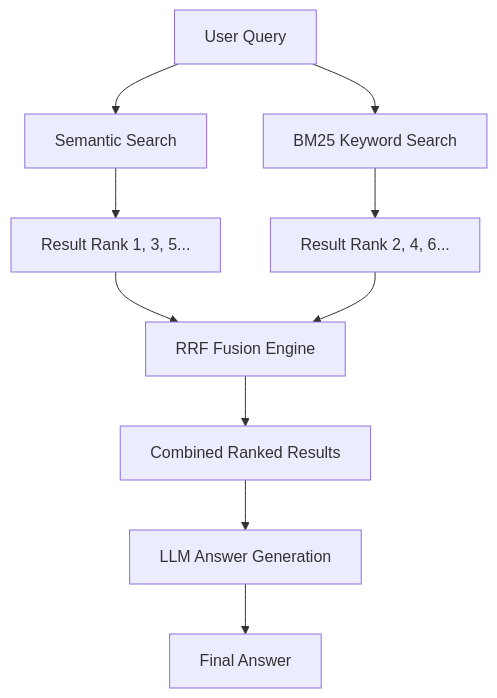
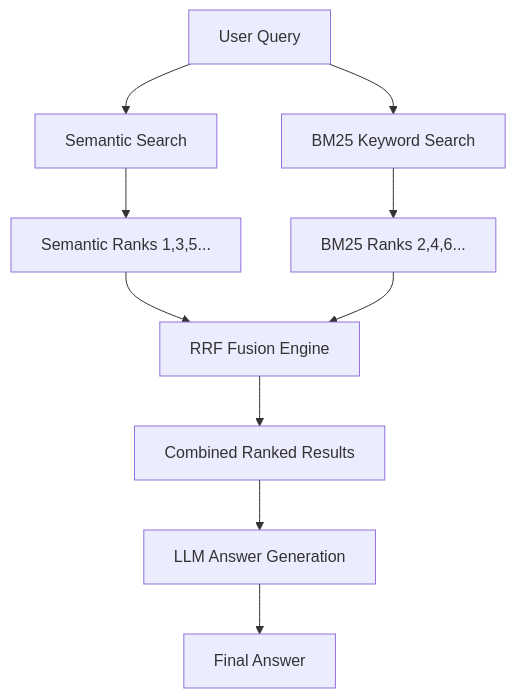
Before and after one commit to pankajshakya627/FinQuery: the second of 2 diagrams in minimal-rag/README.md, drawn with Mermaid. The commit also changed other lines of this file, not shown here.

Commit message:
fix: fix mermaid syntax for GitHub rendering

````diff
--- a/minimal-rag/README.md
+++ b/minimal-rag/README.md
@@ -133,15 +133,15 @@
 ```mermaid
 flowchart TD
-  Q[User Query] --> S1[Semantic Search]
-  Q --> S2[BM25 Keyword Search]
-  
-  S1 --> R1[Result Rank 1, 3, 5...]
-  S2 --> R2[Result Rank 2, 4, 6...]
-  
-  R1 --> RRF[RRF Fusion Engine]
-  R2 --> RRF
-  
-  RRF --> C[Combined Ranked Results]
-  C --> LLM[LLM Answer Generation]
-  LLM --> A[Final Answer]
+    Q[User Query] --> S1[Semantic Search]
+    Q --> S2[BM25 Keyword Search]
+    
+    S1 --> R1[Semantic Ranks 1,3,5...]
+    S2 --> R2[BM25 Ranks 2,4,6...]
+    
+    R1 --> RRF[RRF Fusion Engine]
+    R2 --> RRF
+    
+    RRF --> C[Combined Ranked Results]
+    C --> LLM[LLM Answer Generation]
+    LLM --> A[Final Answer]
 ```
````
